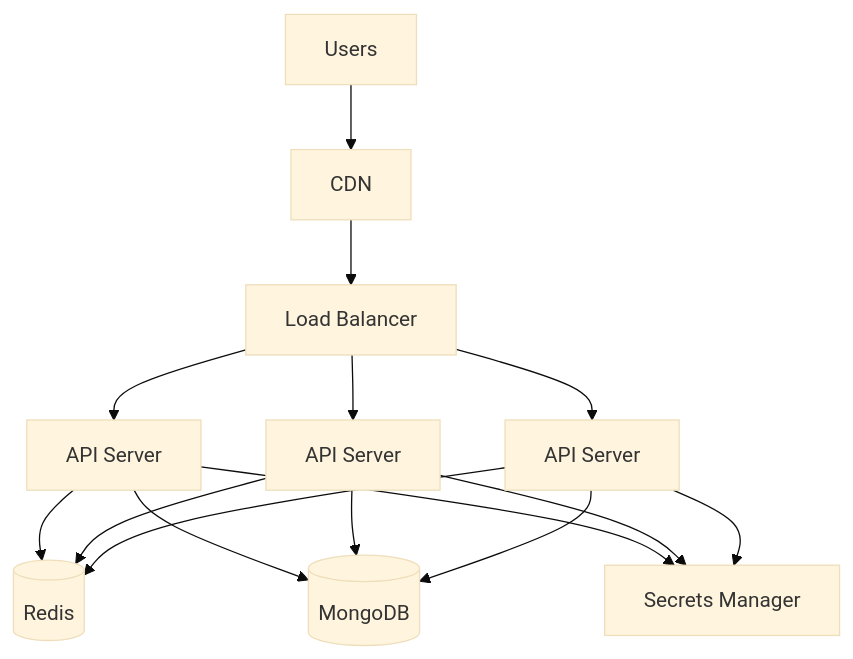
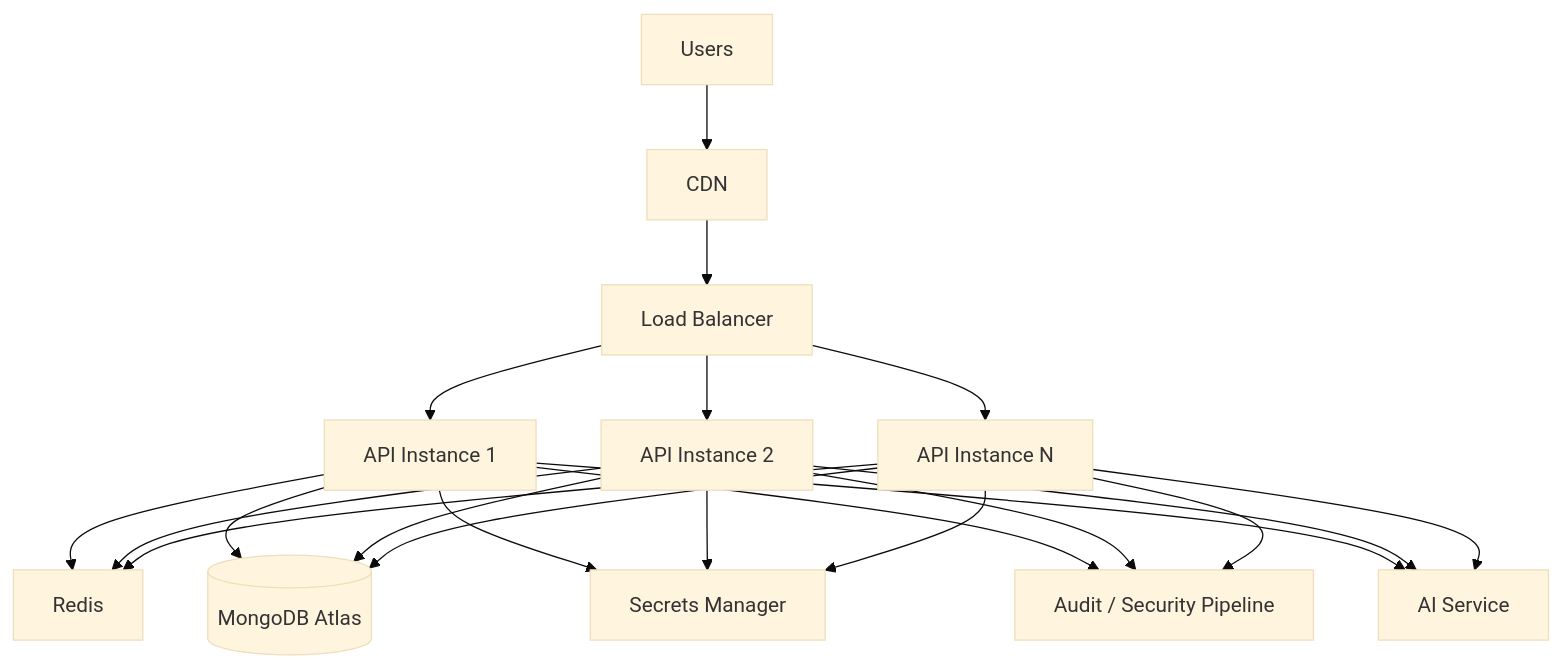
One commit to sanchit037nit/random-pass changed the ninth of 9 diagrams in README.md. Above: the diagram before and after it, drawn with Mermaid (base theme). The commit also changed other lines of this file, not shown here.

````diff
--- a/README.md
+++ b/README.md
@@ -810,38 +1591,50 @@
 ```mermaid
 flowchart TD
 
-    USER[Users]
+    USER["Users"]
 
-    CDN[CDN]
+    CDN["CDN"]
 
-    LB[Load Balancer]
+    LB["Load Balancer"]
 
-    API1[API Server]
-    API2[API Server]
-    API3[API Server]
+    API1["API Instance 1"]
+    API2["API Instance 2"]
+    API3["API Instance N"]
 
-    CACHE[(Redis)]
+    REDIS["Redis"]
 
-    DB[(MongoDB)]
+    MONGO[("MongoDB Atlas")]
 
-    SECRETS[Secrets Manager]
+    SECRETS["Secrets Manager"]
+
+    AUDIT["Audit / Security Pipeline"]
+
+    AI["AI Service"]
 
     USER --> CDN
     CDN --> LB
 
     LB --> API1
     LB --> API2
     LB --> API3
 
-    API1 --> CACHE
-    API2 --> CACHE
-    API3 --> CACHE
+    API1 --> REDIS
+    API2 --> REDIS
+    API3 --> REDIS
 
-    API1 --> DB
-    API2 --> DB
-    API3 --> DB
+    API1 --> MONGO
+    API2 --> MONGO
+    API3 --> MONGO
 
     API1 --> SECRETS
     API2 --> SECRETS
     API3 --> SECRETS
+
+    API1 --> AUDIT
+    API2 --> AUDIT
+    API3 --> AUDIT
+
+    API1 --> AI
+    API2 --> AI
+    API3 --> AI
 ```
````
